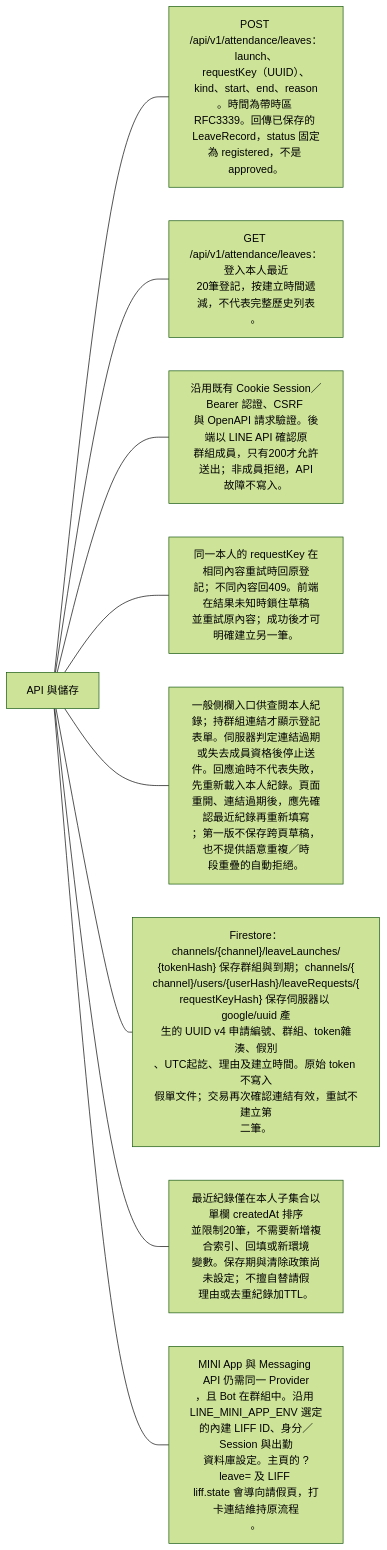
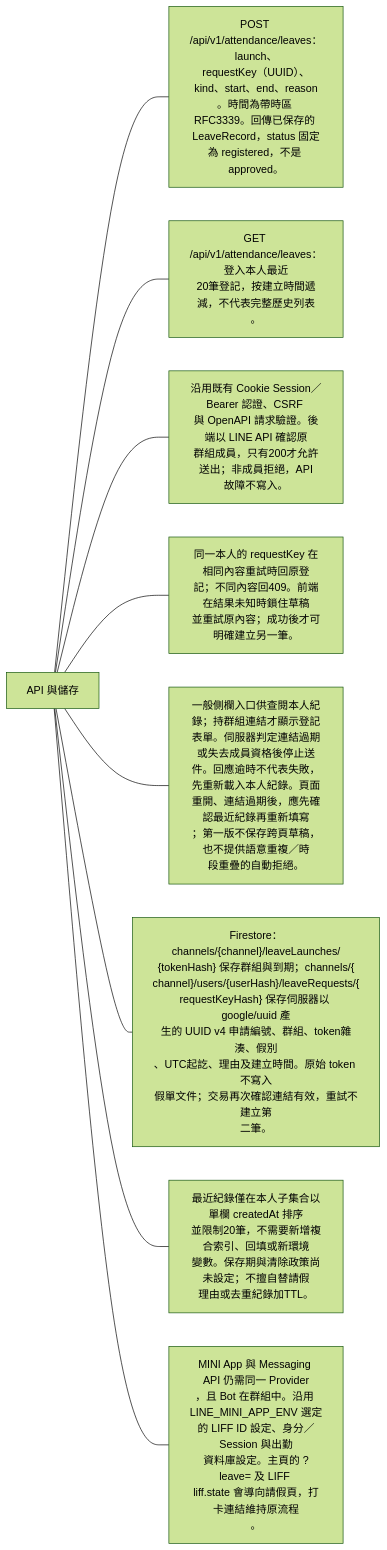
One commit to 963sup/line-mini-app-bot changed the third of 5 diagrams in docs/domains/attendance/leave.md. Above: the diagram before and after it, drawn with Mermaid (forest theme). The commit also changed 18 other files, not shown here.

First line of the commit message:
refactor(config): select MINI App profiles from runtime environment (#36)

````diff
--- a/docs/domains/attendance/leave.md
+++ b/docs/domains/attendance/leave.md
@@ -33,12 +33,12 @@
 ```mermaid
 flowchart LR
   h["API 與儲存"]
   h --- n0["POST /api/v1/attendance/leaves：launch、<br/>requestKey（UUID）、kind、start、end、reason<br/>。時間為帶時區 RFC3339。回傳已保存的 <br/>LeaveRecord，status 固定為 registered，不是 <br/>approved。"]
   h --- n1["GET /api/v1/attendance/leaves：登入本人最近<br/>20筆登記，按建立時間遞減，不代表完整歷史列表<br/>。"]
   h --- n2["沿用既有 Cookie Session／Bearer 認證、CSRF <br/>與 OpenAPI 請求驗證。後端以 LINE API 確認原<br/>群組成員，只有200才允許送出；非成員拒絕，API<br/>故障不寫入。"]
   h --- n3["同一本人的 requestKey 在相同內容重試時回原登<br/>記；不同內容回409。前端在結果未知時鎖住草稿<br/>並重試原內容；成功後才可明確建立另一筆。"]
   h --- n4["一般側欄入口供查閱本人紀錄；持群組連結才顯示登記表單。伺服器判定連結過期或失去成員資格後停止送件。回應逾時不代表失敗，先重新載入本人紀錄。頁面<br/>重開、連結過期後，應先確認最近紀錄再重新填寫<br/>；第一版不保存跨頁草稿，也不提供語意重複／時<br/>段重疊的自動拒絕。"]
   h --- n5["Firestore：channels/{channel}/leaveLaunches/<br/>{tokenHash} 保存群組與到期；channels/{<br/>channel}/users/{userHash}/leaveRequests/{<br/>requestKeyHash} 保存伺服器以 google/uuid 產<br/>生的 UUID v4 申請編號、群組、token雜湊、假別<br/>、UTC起訖、理由及建立時間。原始 token 不寫入<br/>假單文件；交易再次確認連結有效，重試不建立第<br/>二筆。"]
   h --- n6["最近紀錄僅在本人子集合以單欄 createdAt 排序<br/>並限制20筆，不需要新增複合索引、回填或新環境<br/>變數。保存期與清除政策尚未設定；不擅自替請假<br/>理由或去重紀錄加TTL。"]
-  h --- n7["MINI App 與 Messaging API 仍需同一 Provider<br/>，且 Bot 在群組中。沿用 LINE_MINI_APP_ENV 選定的內建 LIFF ID、身分／Session 與出勤<br/>資料庫設定。主頁的 ?leave= 及 LIFF <br/>liff.state 會導向請假頁，打卡連結維持原流程<br/>。"]
+  h --- n7["MINI App 與 Messaging API 仍需同一 Provider<br/>，且 Bot 在群組中。沿用 LINE_MINI_APP_ENV 選定的 LIFF ID 設定、身分／Session 與出勤<br/>資料庫設定。主頁的 ?leave= 及 LIFF <br/>liff.state 會導向請假頁，打卡連結維持原流程<br/>。"]
 ```
````
